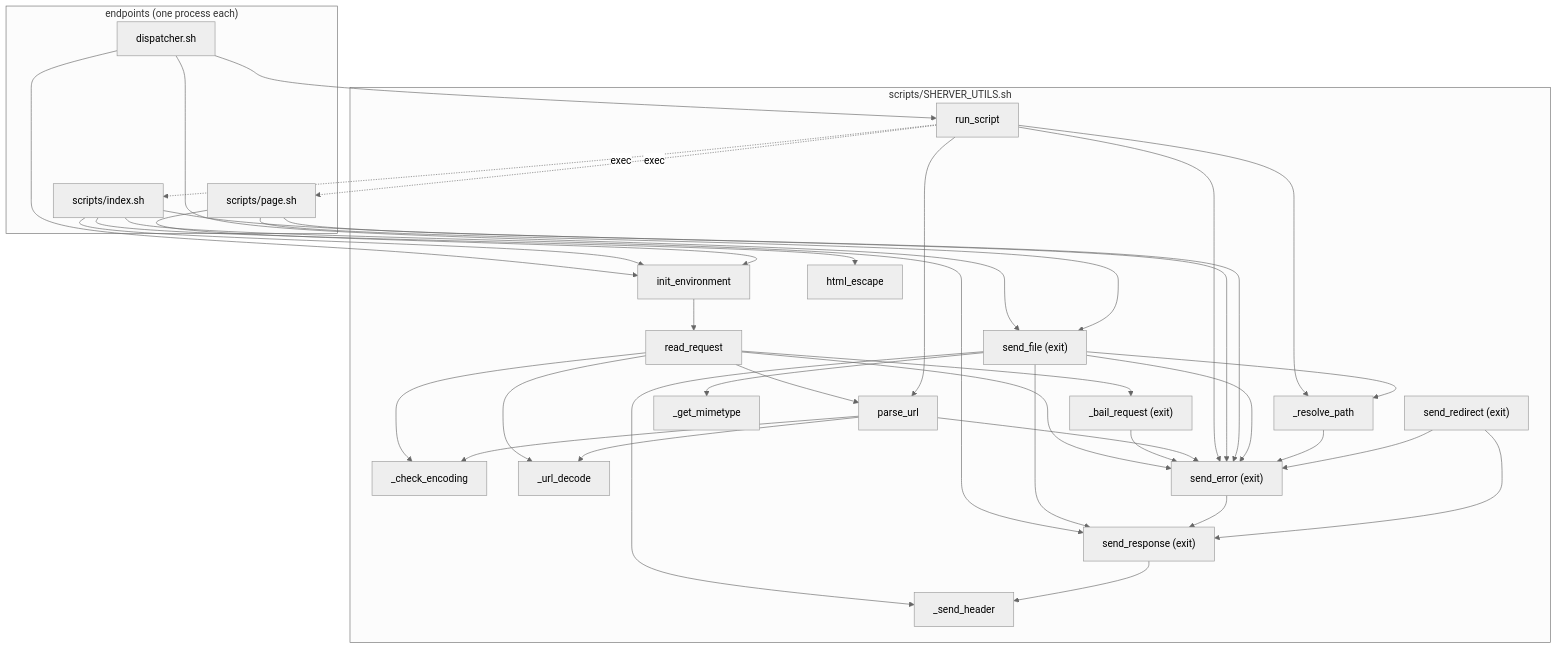
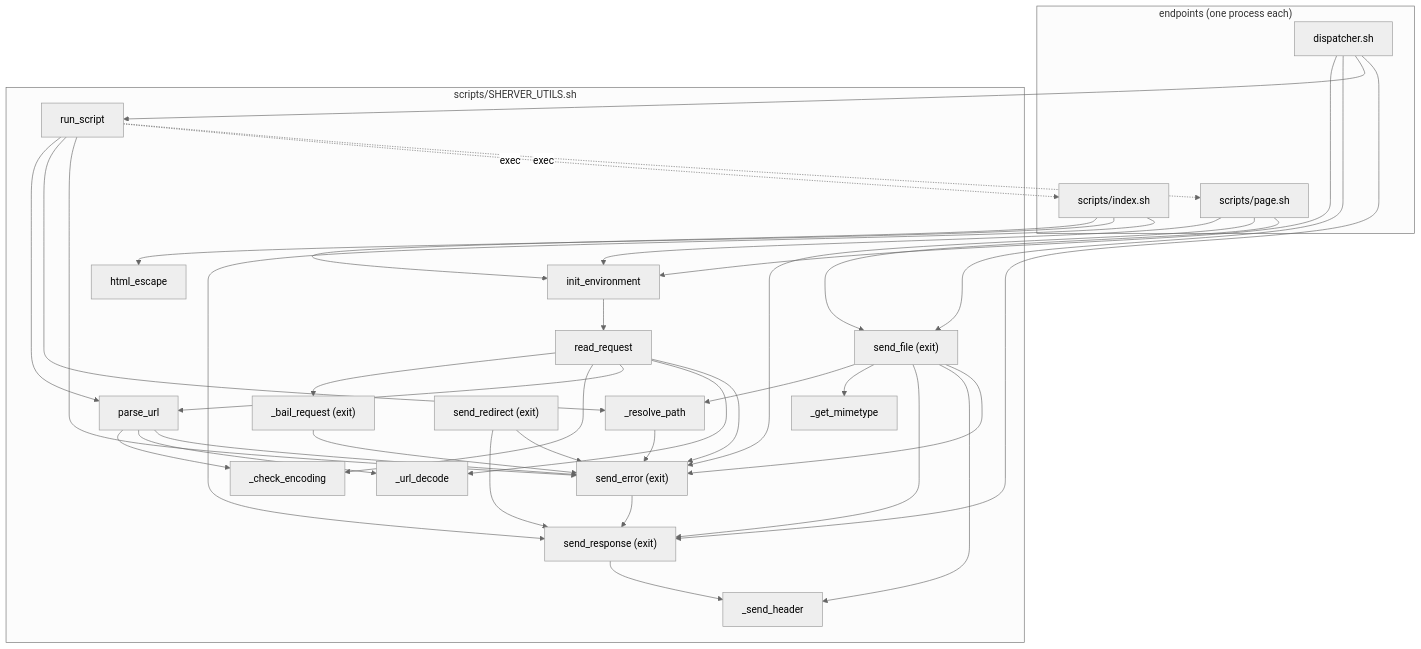
The diagram in docs/call-graph.md (remileduc/sherver), drawn with Mermaid (neutral theme) before and after one commit. The commit also changed other lines of this file and 7 other files, not shown here.

````diff
--- a/docs/call-graph.md
+++ b/docs/call-graph.md
@@ -33,66 +34,66 @@
 ```mermaid
 flowchart TD
     subgraph endpoints ["endpoints (one process each)"]
         dispatcher[dispatcher.sh]
         index[scripts/index.sh]
         page[scripts/page.sh]
     end
 
     subgraph library ["scripts/SHERVER_UTILS.sh"]
         init_environment
         read_request
         bail_request["_bail_request (exit)"]
         parse_url
         check_encoding[_check_encoding]
         url_decode[_url_decode]
         resolve_path[_resolve_path]
         get_mimetype[_get_mimetype]
         html_escape
         send_header[_send_header]
         send_response["send_response (exit)"]
         send_file["send_file (exit)"]
         send_error["send_error (exit)"]
         send_redirect["send_redirect (exit)"]
         run_script
     end
 
     dispatcher --> init_environment
     dispatcher --> send_file
     dispatcher --> run_script
+    dispatcher --> send_response
 
     init_environment --> read_request
     read_request --> bail_request
     read_request --> check_encoding
     read_request --> parse_url
     read_request --> url_decode
     read_request --> send_error
     bail_request --> send_error
     parse_url --> check_encoding
     parse_url --> url_decode
     parse_url --> send_error
 
     run_script --> parse_url
     run_script --> resolve_path
     run_script --> send_error
     run_script -. exec .-> index
     run_script -. exec .-> page
 
     index --> init_environment
     index --> html_escape
     index --> send_response
-    index --> send_error
     page --> init_environment
     page --> send_error
     page --> send_file
 
     send_file --> resolve_path
     send_file --> get_mimetype
     send_file --> send_response
     send_file --> send_header
     send_file --> send_error
     resolve_path --> send_error
     send_error --> send_response
     send_redirect --> send_response
     send_redirect --> send_error
     send_response --> send_header
 ```
````
